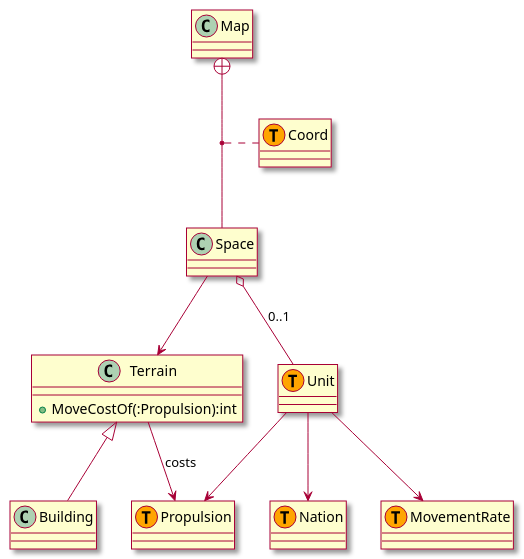
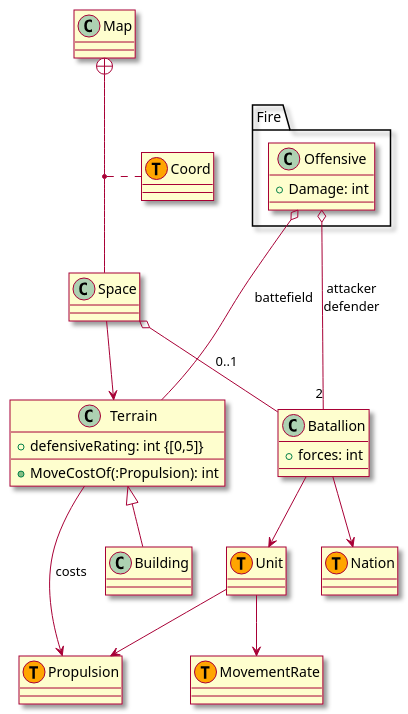
The diagram in Assets/AdvanceWars/Documentation~/Classes.puml (RicardoGuzmanVelasco/AdvanceWars), drawn with PlantUML before and after one commit. The commit also changed 1 other file, not shown here.

Commit message:
docs: update classes diagram

```diff
--- a/Assets/AdvanceWars/Documentation~/Classes.puml
+++ b/Assets/AdvanceWars/Documentation~/Classes.puml
@@ -1,25 +1,38 @@
 @startuml
 skin rose
 
 class Propulsion <<(T, Orange)>>
 class Terrain{
-    +MoveCostOf(:Propulsion):int
+    +defensiveRating: int {[0,5]}
+    +MoveCostOf(:Propulsion): int
+}
+class Batallion{
+    +forces: int
 }
 class Unit <<(T, Orange)>>
 class MovementRate <<(T, Orange)>>
 class Nation <<(T, Orange)>>
 class Map
 class Space
 class Coord <<(T, orange)>>
+package Fire{
+class Offensive{
++Damage: int
+}
+}
 
 Unit --> Propulsion
 Unit --> MovementRate
 Map +-- Space
 (Map, Space) .. Coord
 Space --> Terrain
 Terrain --> Propulsion : costs
-Unit --> Nation
-Space o-- Unit : 0..1
+Batallion --> Nation
+Space o-- Batallion : 0..1
+Batallion --> Unit
 Building -u-|> Terrain
 
+Offensive o--- "2" Batallion : attacker\ndefender
+Offensive o--- Terrain : battefield
+
 @enduml
```
